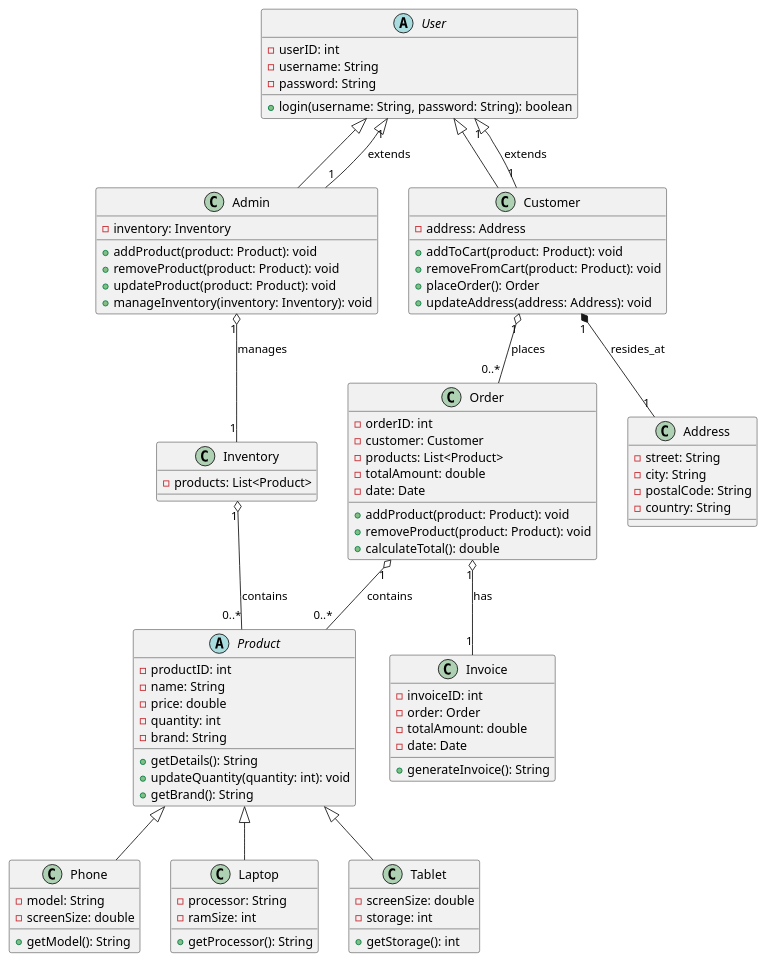
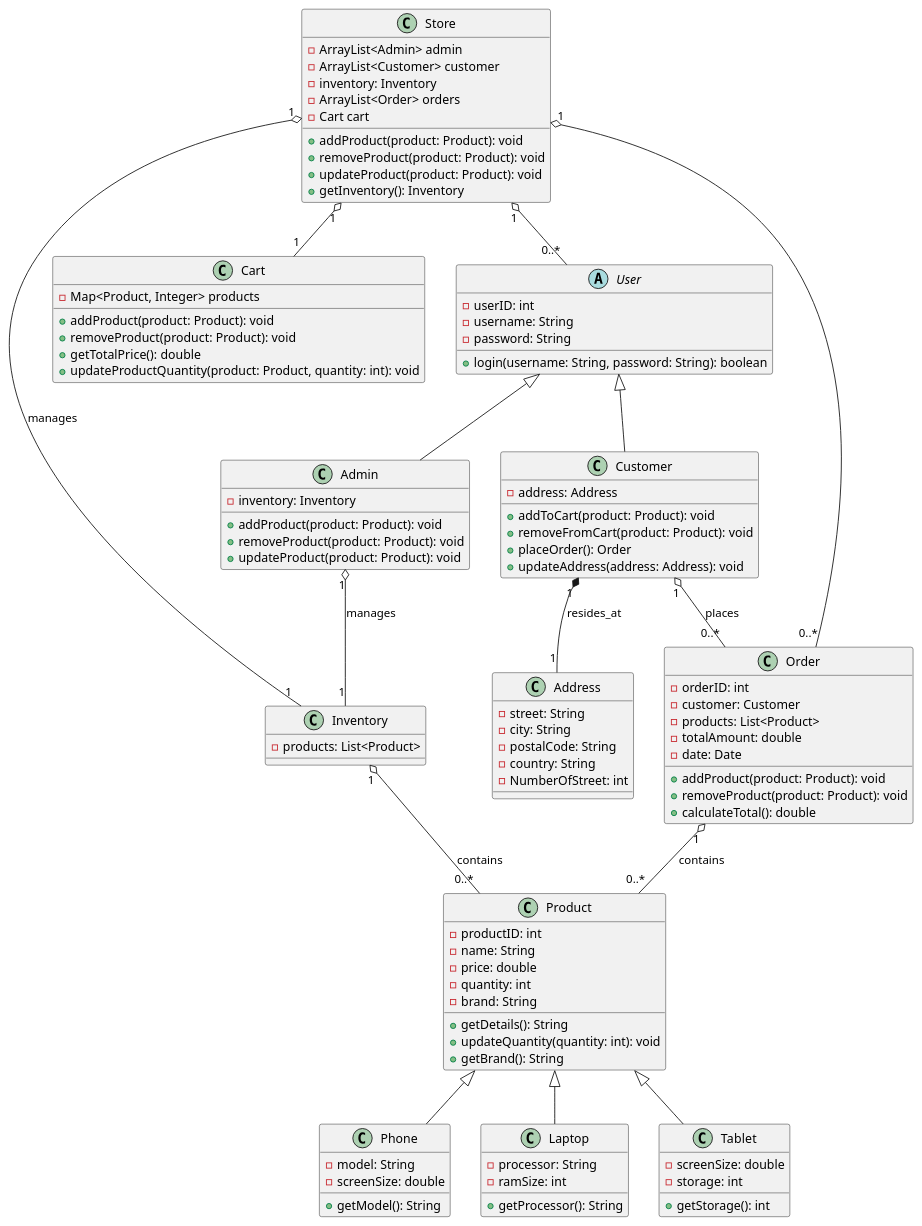
Before and after one commit to szczepanikoww/Store_4Spaces: the diagram in Model UML/src/modelv4.puml, drawn with PlantUML. The commit also changed 9 other files, not shown here.

```diff
--- a/Model UML/src/modelv4.puml
+++ b/Model UML/src/modelv4.puml
@@ -1,104 +1,117 @@
 @startuml
+
+class Store {
+    - ArrayList<Admin> admin
+    - ArrayList<Customer> customer
+    - inventory: Inventory
+    - ArrayList<Order> orders
+    - Cart cart
+    + addProduct(product: Product): void
+    + removeProduct(product: Product): void
+    + updateProduct(product: Product): void
+    + getInventory(): Inventory
+}
 
 ' Klasa bazowa dla użytkowników
 abstract class User {
     - userID: int
     - username: String
     - password: String
     + login(username: String, password: String): boolean
 }
 
 ' Klasa reprezentująca admina
 class Admin extends User {
     - inventory: Inventory
     + addProduct(product: Product): void
     + removeProduct(product: Product): void
     + updateProduct(product: Product): void
-    + manageInventory(inventory: Inventory): void
+}
+
+class Cart {
+    - Map<Product, Integer> products
+    + addProduct(product: Product): void
+    + removeProduct(product: Product): void
+    + getTotalPrice(): double
+    + updateProductQuantity(product: Product, quantity: int): void
 }
 
 ' Klasa reprezentująca klienta
 class Customer extends User {
     - address: Address
     + addToCart(product: Product): void
     + removeFromCart(product: Product): void
     + placeOrder(): Order
     + updateAddress(address: Address): void
 }
 
 ' Klasa bazowa dla różnych rodzajów produktów
-abstract class Product {
+class Product {
     - productID: int
     - name: String
     - price: double
     - quantity: int
     - brand: String
     + getDetails(): String
     + updateQuantity(quantity: int): void
     + getBrand(): String
 }
 
 ' Konkretne typy produktów dziedziczące po Product
 class Phone extends Product {
     - model: String
     - screenSize: double
     + getModel(): String
 }
 
 class Laptop extends Product {
     - processor: String
     - ramSize: int
     + getProcessor(): String
 }
 
 class Tablet extends Product {
     - screenSize: double
     - storage: int
     + getStorage(): int
 }
 
 ' Klasa reprezentująca zamówienie
 class Order {
     - orderID: int
     - customer: Customer
     - products: List<Product>
     - totalAmount: double
     - date: Date
     + addProduct(product: Product): void
     + removeProduct(product: Product): void
     + calculateTotal(): double
 }
 
-' Klasa reprezentująca fakturę
-class Invoice {
-    - invoiceID: int
-    - order: Order
-    - totalAmount: double
-    - date: Date
-    + generateInvoice(): String
-}
 
 ' Klasa reprezentująca adres klienta
 class Address {
     - street: String
     - city: String
     - postalCode: String
     - country: String
+    - NumberOfStreet: int
 }
 
 ' Klasa reprezentująca magazyn (Inventory)
 class Inventory {
     - products: List<Product>
 }
 
 ' Relacje
-User "1" <|-- "1" Admin : extends
-User "1" <|-- "1" Customer : extends
+Store "1" o-- "1" Inventory : manages
+Store "1" o-- "1" Cart
+Store "1" o-- "0..*" User
+Store "1" o-- "0..*" Order
 Admin "1" o-- "1" Inventory : manages
 Customer "1" o-- "0..*" Order : places
 Order "1" o-- "0..*" Product : contains
-Order "1" o-- "1" Invoice : has
 Customer "1" *-- "1" Address : resides_at
 Inventory "1" o-- "0..*" Product : contains
 
 @enduml
```
